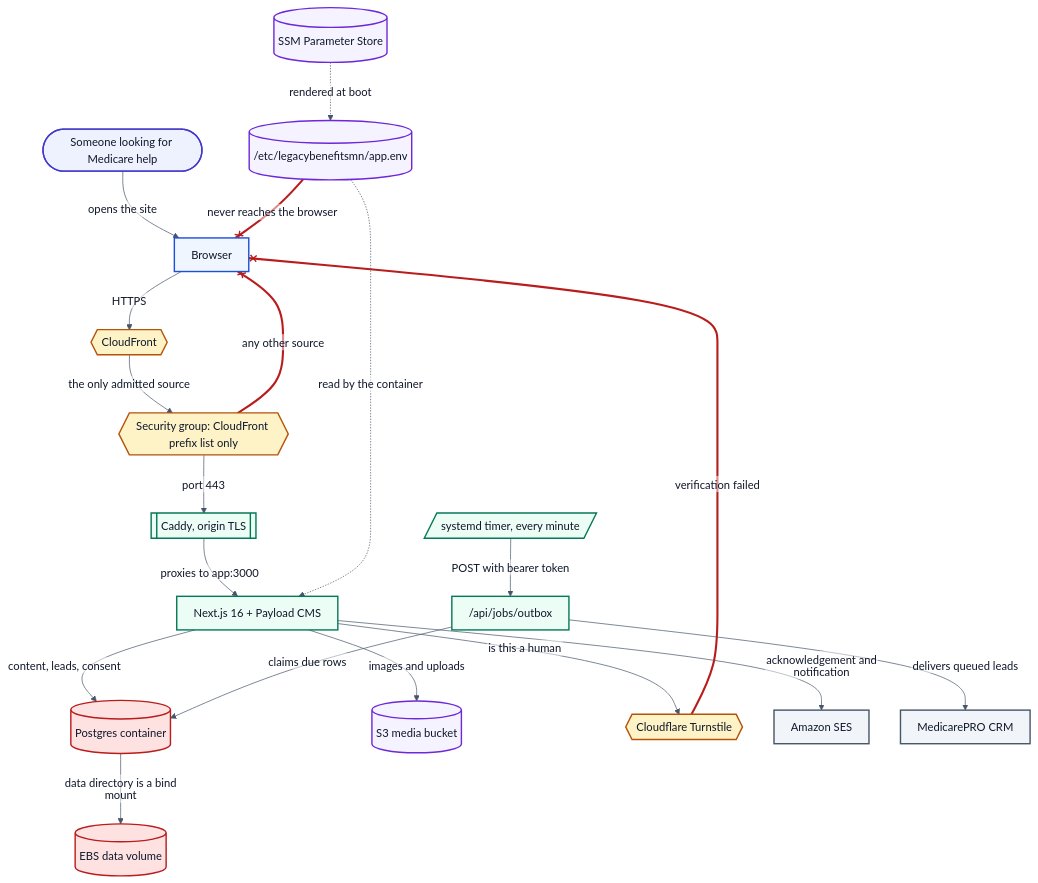
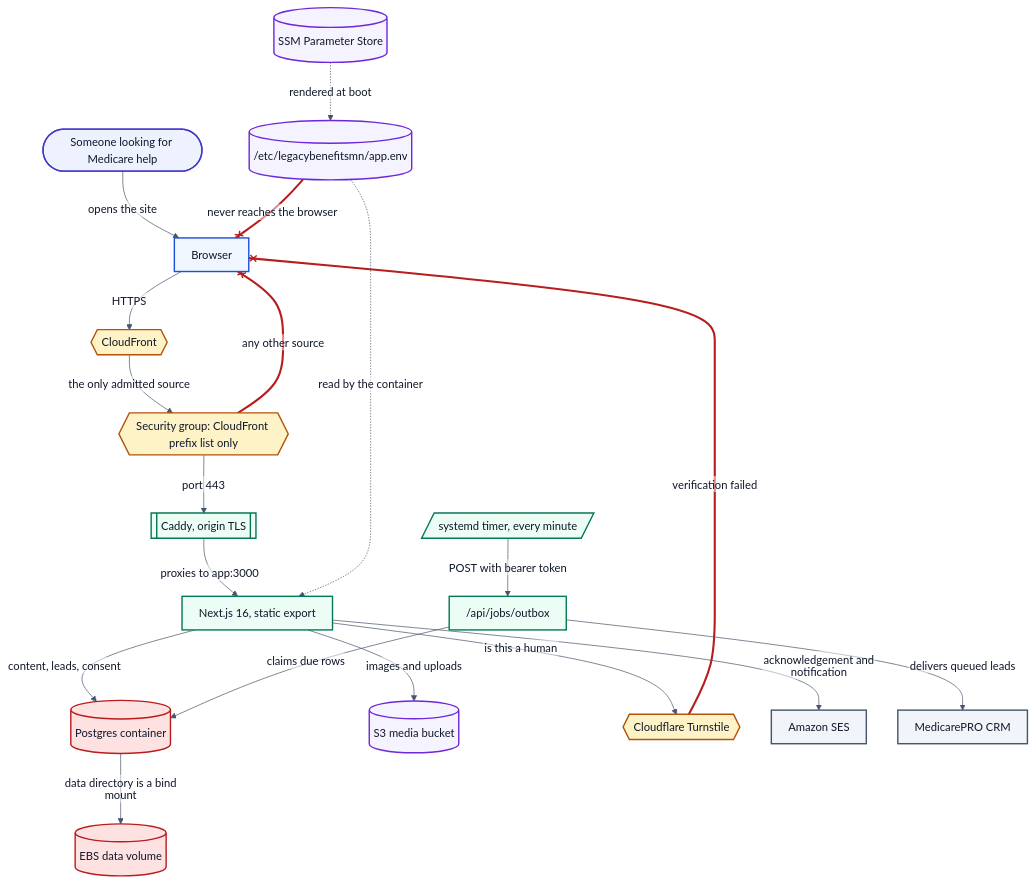
The second of 8 diagrams in docs/diagrams/SOURCES.md (marc-mccarthy/legacy-benefits-mn), drawn with Mermaid before and after one commit. The commit also changed other lines of this file and 1263 other files, not shown here.

````diff
--- a/docs/diagrams/SOURCES.md
+++ b/docs/diagrams/SOURCES.md
@@ -90,76 +89,76 @@
 ```mermaid
 %%{init: {"theme":"base","themeVariables":{"fontFamily":"Helvetica Neue, Helvetica, Arial, sans-serif","fontSize":"16px","textColor":"#0F172A","background":"#FFFFFF","lineColor":"#475569","mainBkg":"#EFF6FF","nodeBorder":"#1D4ED8","primaryColor":"#EFF6FF","primaryBorderColor":"#1D4ED8","primaryTextColor":"#0F172A","secondaryColor":"#F1F5F9","secondaryBorderColor":"#475569","secondaryTextColor":"#0F172A","tertiaryColor":"#F8FAFC","tertiaryBorderColor":"#CBD5E1","tertiaryTextColor":"#0F172A","clusterBkg":"#F8FAFC","clusterBorder":"#CBD5E1","edgeLabelBackground":"#FFFFFF","actorBkg":"#EEF2FF","actorBorder":"#4338CA","actorTextColor":"#0F172A","signalColor":"#475569","signalTextColor":"#0F172A","noteBkgColor":"#FEF3C7","noteBorderColor":"#B45309","noteTextColor":"#0F172A","activationBkgColor":"#ECFDF5","activationBorderColor":"#047857","labelBoxBkgColor":"#FEF3C7","labelBoxBorderColor":"#B45309","sequenceNumberColor":"#FFFFFF"},"flowchart":{"htmlLabels":false,"curve":"basis","nodeSpacing":45,"rankSpacing":60,"padding":12},"sequence":{"useMaxWidth":false,"htmlLabels":false,"mirrorActors":false,"wrap":true,"width":190}}}%%
 flowchart TB
 accTitle: How a visitor reaches the site and where their answer comes from
 accDescr {
   A top-to-bottom map of one visit. Someone looking for Medicare help opens the
   site in a browser. The request arrives at CloudFront, which is the only way in:
   the instance security group admits CloudFront's managed prefix list and nothing
   else, so the public address cannot be dialled directly. CloudFront forwards to
   Caddy on the single instance, which terminates origin TLS using a certificate it
   renews over DNS-01, and proxies inward to the Next.js application container.
-  The application reads content from Payload's tables and writes lead, Scope of
-  Appointment and do-not-contact records to the same Postgres container, whose
+  The application renders content authored in src/content and writes lead, Scope
+  of Appointment and do-not-contact records to the Postgres container, whose
   data directory is a bind mount on a separate EBS volume that outlives the
   instance. Images are served from an S3 bucket. Three outbound dependencies sit
   to the side: Cloudflare Turnstile verifies that a form submitter is human, SES
   sends the acknowledgement and the agency notification, and the MedicarePRO CRM
   receives leads. The CRM is never called during the visitor's request; a host
   timer posts to a local job route once a minute and that is what delivers. Every
   secret the application needs is rendered from SSM Parameter Store into a file on
   the box at boot, and none of it is reachable from the browser.
 }
 
 visitor([Someone looking for Medicare help])
 browser[Browser]
 edge{{CloudFront}}
 originSg{{"Security group: CloudFront prefix list only"}}
 caddy[["Caddy, origin TLS"]]
-app["Next.js 16 + Payload CMS"]
+app["Next.js 16, static export"]
 postgres[("Postgres container")]
 ebs[("EBS data volume")]
 mediaBucket[("S3 media bucket")]
 turnstile{{Cloudflare Turnstile}}
 ses[Amazon SES]
 crm[MedicarePRO CRM]
 timer[/"systemd timer, every minute"/]
 jobRoute["/api/jobs/outbox"]
 ssm[("SSM Parameter Store")]
 appEnv[("/etc/legacybenefitsmn/app.env")]
 
 visitor -->|opens the site| browser
 browser -->|HTTPS| edge
 edge -->|the only admitted source| originSg
 originSg -->|port 443| caddy
 originSg --x|any other source| browser
 caddy -->|proxies to app:3000| app
 app -->|content, leads, consent| postgres
 postgres -->|data directory is a bind mount| ebs
 app -->|images and uploads| mediaBucket
 app -->|is this a human| turnstile
 turnstile --x|verification failed| browser
 app -->|acknowledgement and notification| ses
 timer -->|POST with bearer token| jobRoute
 jobRoute -->|claims due rows| postgres
 jobRoute -->|delivers queued leads| crm
 ssm -.->|rendered at boot| appEnv
 appEnv -.->|read by the container| app
 appEnv --x|never reaches the browser| browser
 
 classDef human    fill:#EEF2FF,stroke:#4338CA,stroke-width:2px,color:#0F172A
 classDef client   fill:#EFF6FF,stroke:#1D4ED8,stroke-width:2px,color:#0F172A
 classDef ours     fill:#ECFDF5,stroke:#047857,stroke-width:2px,color:#0F172A
 classDef guard    fill:#FEF3C7,stroke:#B45309,stroke-width:2px,color:#0F172A
 classDef vendor   fill:#F1F5F9,stroke:#475569,stroke-width:2px,color:#0F172A
 classDef phi      fill:#FEE2E2,stroke:#B91C1C,stroke-width:2px,color:#0F172A
 classDef artifact fill:#F5F3FF,stroke:#6D28D9,stroke-width:2px,color:#0F172A
 
 class visitor human
 class browser client
 class edge,originSg,turnstile guard
 class caddy,app,jobRoute,timer ours
 class postgres,ebs phi
 class mediaBucket,ssm,appEnv artifact
 class ses,crm vendor
 linkStyle 4,10,17 stroke:#B91C1C,stroke-width:3px
 ```
````
